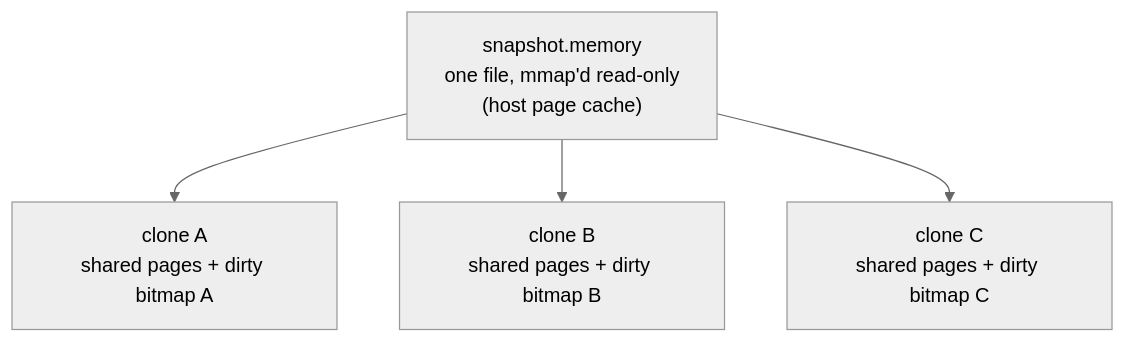
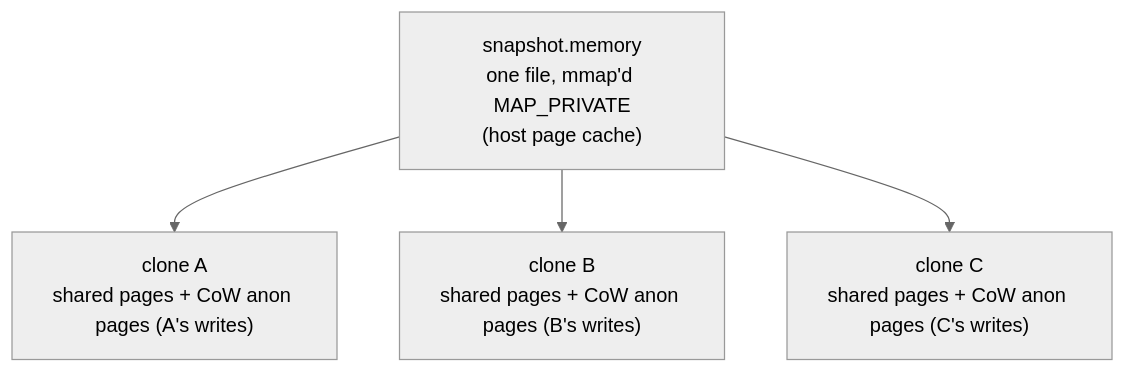
The sixth of 6 diagrams in docs/src/content/docs/firecracker-hydration.mdx (aerol-ai/microvm), drawn with Mermaid (neutral theme) before and after one commit. The commit also changed other lines of this file and 6 other files, not shown here.

````diff
--- a/docs/src/content/docs/firecracker-hydration.mdx
+++ b/docs/src/content/docs/firecracker-hydration.mdx
@@ -205,7 +241,7 @@
 ```mermaid
 graph TB
-    BASE["snapshot.memory<br/>one file, mmap'd read-only<br/>(host page cache)"]
-    BASE --> C1["clone A<br/>shared pages + dirty bitmap A"]
-    BASE --> C2["clone B<br/>shared pages + dirty bitmap B"]
-    BASE --> C3["clone C<br/>shared pages + dirty bitmap C"]
+    BASE["snapshot.memory<br/>one file, mmap'd MAP_PRIVATE<br/>(host page cache)"]
+    BASE --> C1["clone A<br/>shared pages + CoW anon pages (A's writes)"]
+    BASE --> C2["clone B<br/>shared pages + CoW anon pages (B's writes)"]
+    BASE --> C3["clone C<br/>shared pages + CoW anon pages (C's writes)"]
 ```
````
